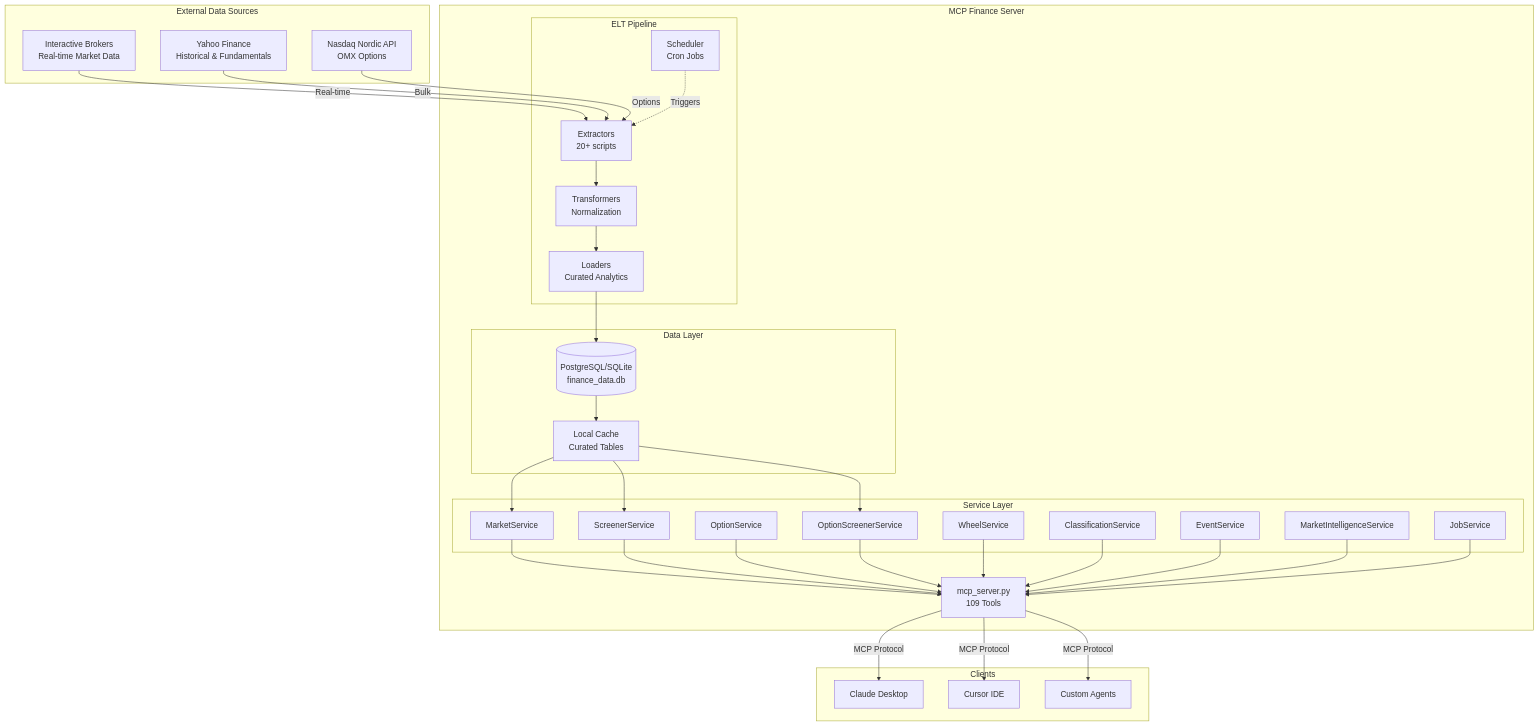
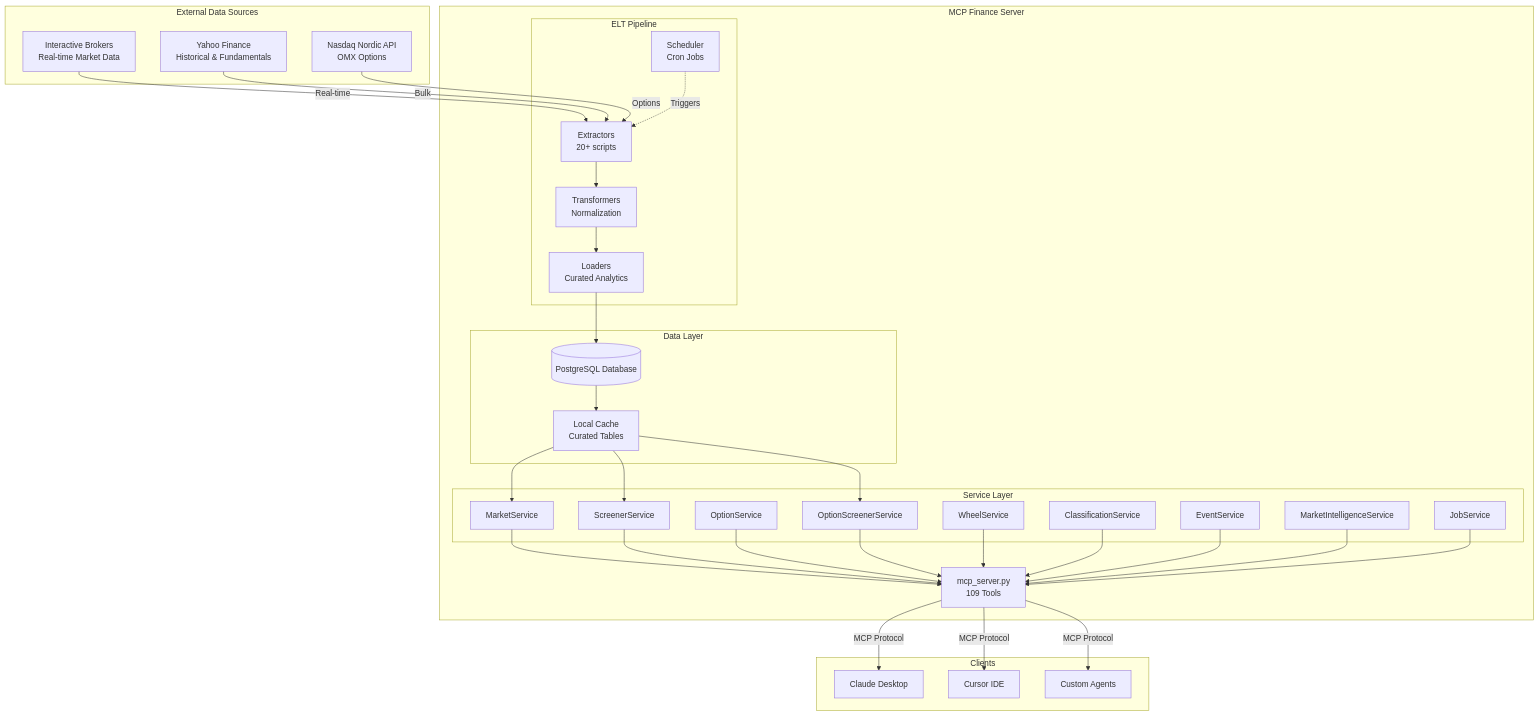
Before and after one commit to douglashiga/MCP-Finance-Server: the diagram in ARCHITECTURE.md, drawn with Mermaid. The commit also changed 17 other files, not shown here.

````diff
--- a/ARCHITECTURE.md
+++ b/ARCHITECTURE.md
@@ -17,70 +17,70 @@
 ```mermaid
 graph TB
     subgraph "External Data Sources"
         IBKR[Interactive Brokers<br/>Real-time Market Data]
         YAHOO[Yahoo Finance<br/>Historical & Fundamentals]
         NASDAQ[Nasdaq Nordic API<br/>OMX Options]
     end
 
     subgraph "MCP Finance Server"
         MCP[mcp_server.py<br/>109 Tools]
         
         subgraph "Service Layer"
             MS[MarketService]
             SS[ScreenerService]
             OS[OptionService]
             OSS[OptionScreenerService]
             WS[WheelService]
             CS[ClassificationService]
             ES[EventService]
             MIS[MarketIntelligenceService]
             JS[JobService]
         end
         
         subgraph "Data Layer"
-            DB[(PostgreSQL/SQLite<br/>finance_data.db)]
+            DB[(PostgreSQL Database)]
             CACHE[Local Cache<br/>Curated Tables]
         end
         
         subgraph "ELT Pipeline"
             EXTRACT[Extractors<br/>20+ scripts]
             TRANSFORM[Transformers<br/>Normalization]
             LOAD[Loaders<br/>Curated Analytics]
             SCHED[Scheduler<br/>Cron Jobs]
         end
     end
 
     subgraph "Clients"
         CLAUDE[Claude Desktop]
         CURSOR[Cursor IDE]
         CUSTOM[Custom Agents]
     end
 
     IBKR -->|Real-time| EXTRACT
     YAHOO -->|Bulk| EXTRACT
     NASDAQ -->|Options| EXTRACT
     
     EXTRACT --> TRANSFORM
     TRANSFORM --> LOAD
     LOAD --> DB
     SCHED -.->|Triggers| EXTRACT
     
     DB --> CACHE
     CACHE --> MS
     CACHE --> SS
     CACHE --> OSS
     
     MS --> MCP
     SS --> MCP
     OS --> MCP
     OSS --> MCP
     WS --> MCP
     CS --> MCP
     ES --> MCP
     MIS --> MCP
     JS --> MCP
     
     MCP -->|MCP Protocol| CLAUDE
     MCP -->|MCP Protocol| CURSOR
     MCP -->|MCP Protocol| CUSTOM
 ```
````
